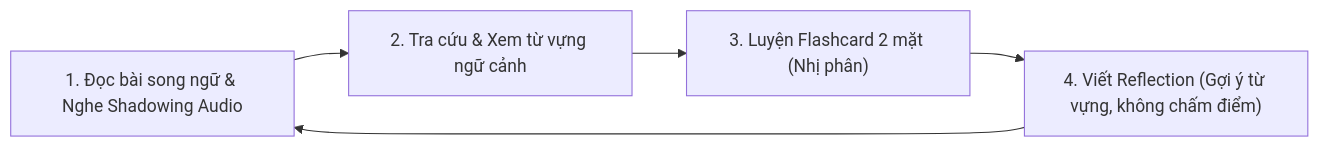
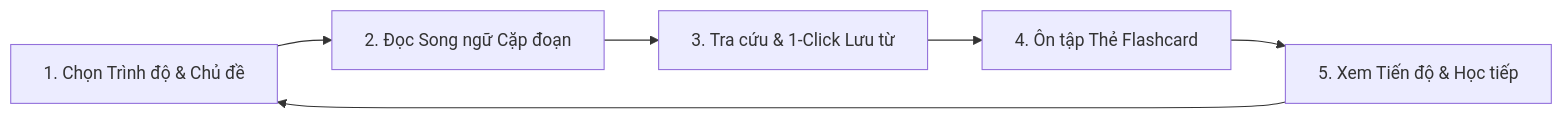
One commit to viecultures/document changed the diagram in 02-business-rules/BR-05-user-journey.md. Above: the diagram before and after it, drawn with Mermaid. The commit also changed other lines of this file and 18 other files, not shown here.

Commit message:
docs: add product specifications, business rules, and conceptual diagrams while removing presentations

````diff
--- a/02-business-rules/BR-05-user-journey.md
+++ b/02-business-rules/BR-05-user-journey.md
@@ -12,7 +17,8 @@
 ```mermaid
 graph LR
-    B1["1. Đọc bài song ngữ & Nghe Shadowing Audio"] --> B2["2. Tra cứu & Xem từ vựng ngữ cảnh"]
-    B2 --> B3["3. Luyện Flashcard 2 mặt (Nhị phân)"]
-    B3 --> B4["4. Viết Reflection (Gợi ý từ vựng, không chấm điểm)"]
-    B4 --> B1
+    B1["1. Chọn Trình độ & Chủ đề"] --> B2["2. Đọc Song ngữ Cặp đoạn"]
+    B2 --> B3["3. Tra cứu & 1-Click Lưu từ"]
+    B3 --> B4["4. Ôn tập Thẻ Flashcard"]
+    B4 --> B5["5. Xem Tiến độ & Học tiếp"]
+    B5 --> B1
 ```
````
